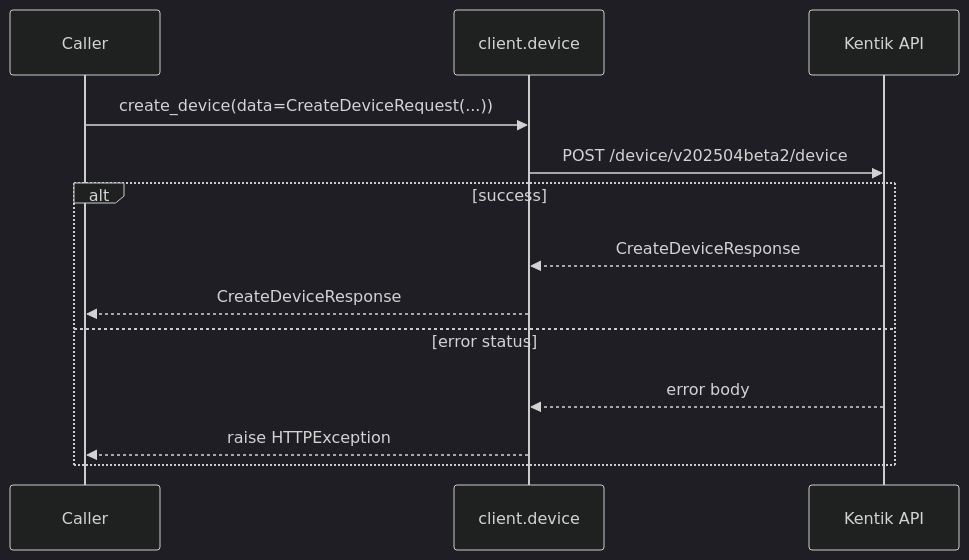
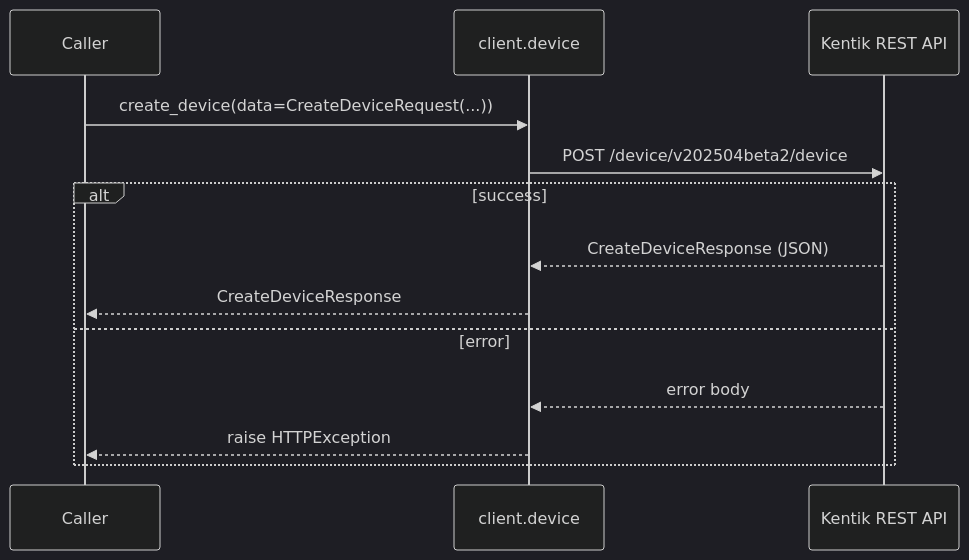
The fourth of 22 diagrams in docs/sphinx/services/device.md (alexdearaujo/community_sdk_python), drawn with Mermaid (dark theme) before and after one commit. The commit also changed other lines of this file and 61 other files, not shown here.

````diff
--- a/docs/sphinx/services/device.md
+++ b/docs/sphinx/services/device.md
@@ -82,16 +109,16 @@
 ```mermaid
 sequenceDiagram
     participant C as Caller
     participant W as client.device
-    participant API as Kentik API
+    participant API as Kentik REST API
 
     C->>W: create_device(data=CreateDeviceRequest(...))
     W->>API: POST /device/v202504beta2/device
     alt success
-        API-->>W: CreateDeviceResponse
+        API-->>W: CreateDeviceResponse (JSON)
         W-->>C: CreateDeviceResponse
-    else error status
+    else error
         API-->>W: error body
         W-->>C: raise HTTPException
     end
 ```
````
